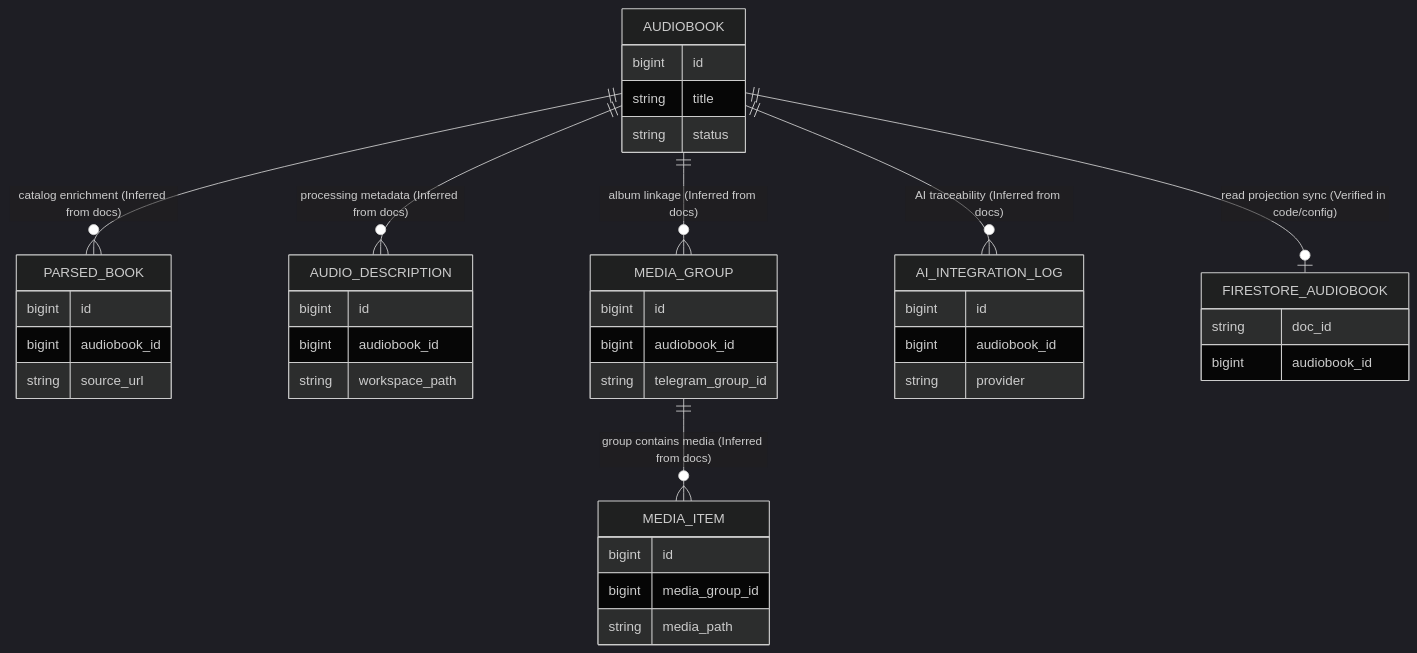
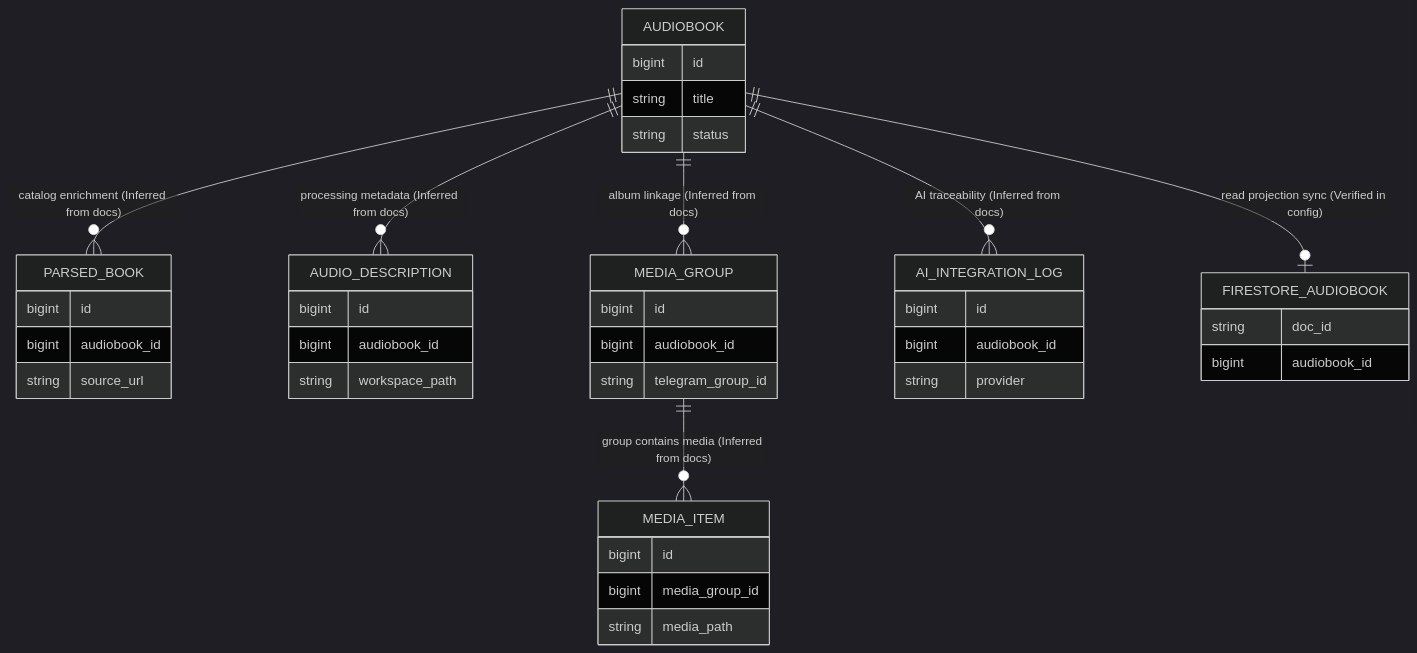
One commit to audio-automation-project/docs changed the first of 2 diagrams in architecture/database-and-relations.md. Above: the diagram before and after it, drawn with Mermaid (dark theme). The commit also changed other lines of this file, not shown here.

````diff
--- a/architecture/database-and-relations.md
+++ b/architecture/database-and-relations.md
@@ -23,44 +24,44 @@
 ```mermaid
 erDiagram
   AUDIOBOOK {
     bigint id
     string title
     string status
   }
   PARSED_BOOK {
     bigint id
     bigint audiobook_id
     string source_url
   }
   AUDIO_DESCRIPTION {
     bigint id
     bigint audiobook_id
     string workspace_path
   }
   MEDIA_GROUP {
     bigint id
     bigint audiobook_id
     string telegram_group_id
   }
   MEDIA_ITEM {
     bigint id
     bigint media_group_id
     string media_path
   }
   AI_INTEGRATION_LOG {
     bigint id
     bigint audiobook_id
     string provider
   }
   FIRESTORE_AUDIOBOOK {
     string doc_id
     bigint audiobook_id
   }
 
   AUDIOBOOK ||--o{ PARSED_BOOK : "catalog enrichment (Inferred from docs)"
   AUDIOBOOK ||--o{ AUDIO_DESCRIPTION : "processing metadata (Inferred from docs)"
   AUDIOBOOK ||--o{ MEDIA_GROUP : "album linkage (Inferred from docs)"
   MEDIA_GROUP ||--o{ MEDIA_ITEM : "group contains media (Inferred from docs)"
   AUDIOBOOK ||--o{ AI_INTEGRATION_LOG : "AI traceability (Inferred from docs)"
-  AUDIOBOOK ||--o| FIRESTORE_AUDIOBOOK : "read projection sync (Verified in code/config)"
+  AUDIOBOOK ||--o| FIRESTORE_AUDIOBOOK : "read projection sync (Verified in config)"
 ```
````
